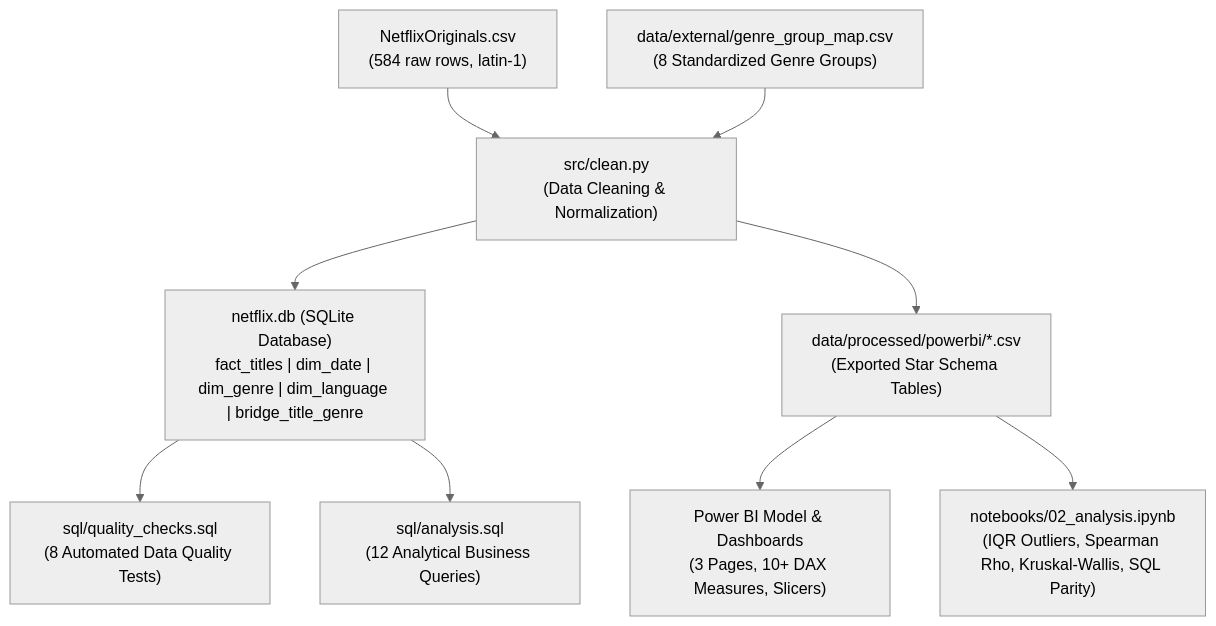
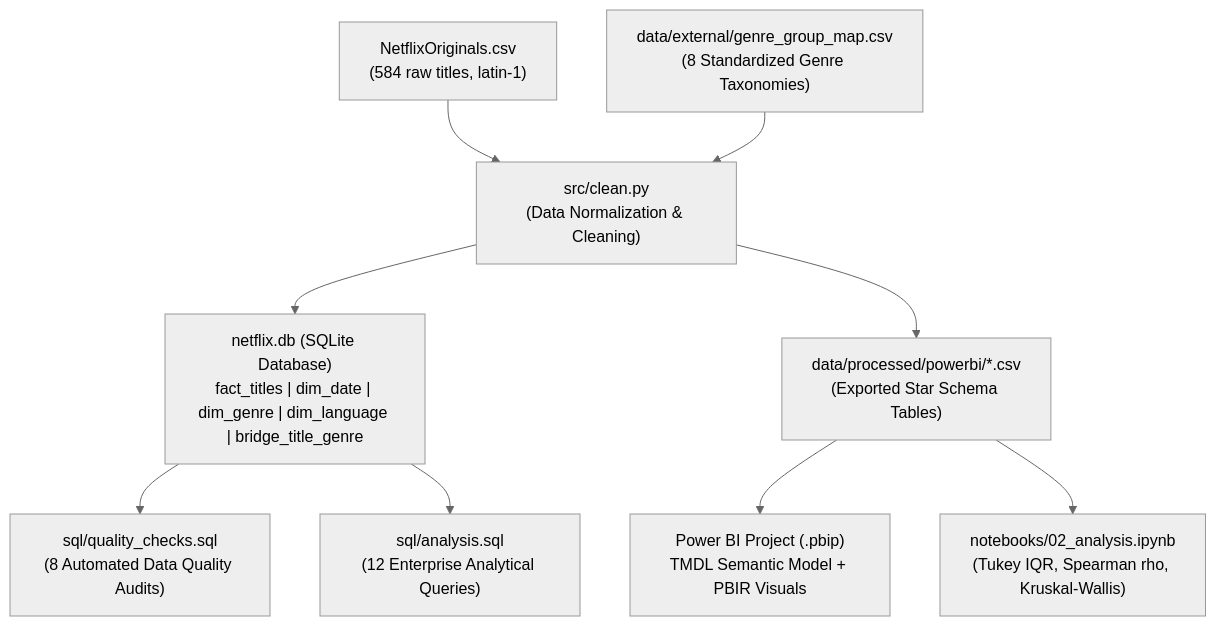
One commit to namankhandelwal1607/NetflixAnalysis changed the diagram in README.md. Above: the diagram before and after it, drawn with Mermaid (neutral theme). The commit also changed other lines of this file and 93 other files, not shown here.

````diff
--- a/README.md
+++ b/README.md
@@ -46,14 +27,14 @@
 ```mermaid
 flowchart TD
-    Raw["NetflixOriginals.csv<br>(584 raw rows, latin-1)"] --> Cleaner["src/clean.py<br>(Data Cleaning & Normalization)"]
-    Map["data/external/genre_group_map.csv<br>(8 Standardized Genre Groups)"] --> Cleaner
+    Raw["NetflixOriginals.csv<br>(584 raw titles, latin-1)"] --> Cleaner["src/clean.py<br>(Data Normalization & Cleaning)"]
+    Map["data/external/genre_group_map.csv<br>(8 Standardized Genre Taxonomies)"] --> Cleaner
 
     Cleaner --> SQLite["netflix.db (SQLite Database)<br>fact_titles | dim_date | dim_genre | dim_language | bridge_title_genre"]
     Cleaner --> CSVs["data/processed/powerbi/*.csv<br>(Exported Star Schema Tables)"]
 
-    SQLite --> SQLChecks["sql/quality_checks.sql<br>(8 Automated Data Quality Tests)"]
-    SQLite --> SQLAnalytics["sql/analysis.sql<br>(12 Analytical Business Queries)"]
+    SQLite --> SQLChecks["sql/quality_checks.sql<br>(8 Automated Data Quality Audits)"]
+    SQLite --> SQLAnalytics["sql/analysis.sql<br>(12 Enterprise Analytical Queries)"]
 
-    CSVs --> PBI["Power BI Model & Dashboards<br>(3 Pages, 10+ DAX Measures, Slicers)"]
-    CSVs --> PythonNB["notebooks/02_analysis.ipynb<br>(IQR Outliers, Spearman Rho, Kruskal-Wallis, SQL Parity)"]
+    CSVs --> PBI["Power BI Project (.pbip)<br>TMDL Semantic Model + PBIR Visuals"]
+    CSVs --> PythonNB["notebooks/02_analysis.ipynb<br>(Tukey IQR, Spearman rho, Kruskal-Wallis)"]
 ```
````
